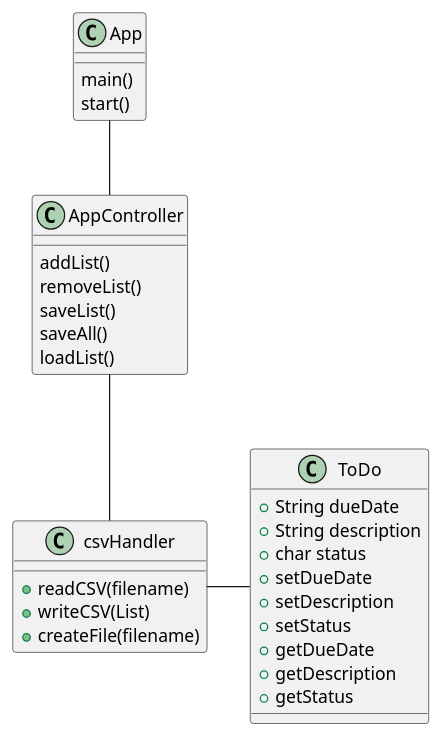
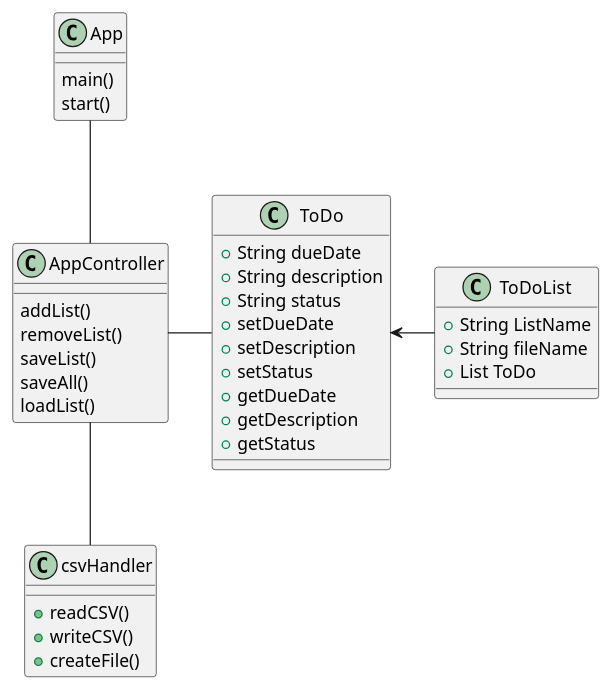
The diagram in UML/App.puml (AndresCKF/Rosales-COP3330-assignment4), drawn with PlantUML before and after one commit. The commit also changed 7 other files, not shown here.

```diff
--- a/UML/App.puml
+++ b/UML/App.puml
@@ -1,35 +1,41 @@
 @startuml
 'https://plantuml.com/sequence-diagram
 
 class App{
     main()
     start()
 }
 class AppController{
     addList()
     removeList()
     saveList()
     saveAll()
     loadList()
 }
 class ToDo{
     +String dueDate
     +String description
-    +char status
+    +String status
     +setDueDate
     +setDescription
     +setStatus
     +getDueDate
     +getDescription
     +getStatus
 }
+class ToDoList{
+    +String ListName
+    +String fileName
+    +List ToDo
+}
 
 class csvHandler {
-    + readCSV(filename)
-    + writeCSV(List)
-    + createFile(filename)
+    + readCSV()
+    + writeCSV()
+    + createFile()
 }
 App -- AppController
 AppController -- csvHandler
-csvHandler - ToDo
+AppController - ToDo
+ToDo <-ToDoList
 @enduml
```
